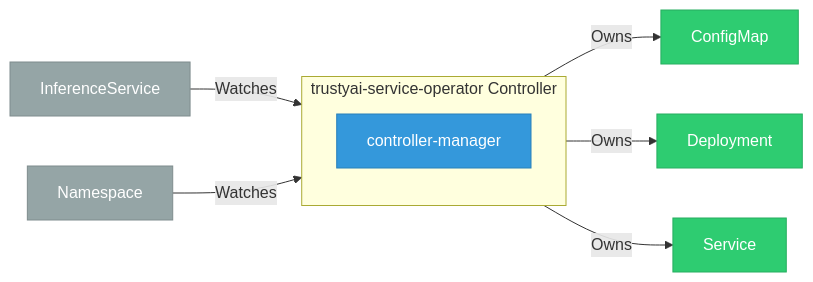
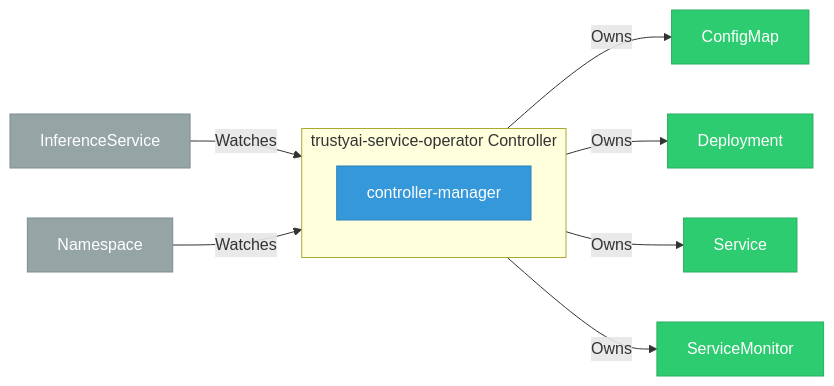
Before and after one commit to ugiordan/architecture-analyzer: the diagram in site/docs/odh-platform/components/trustyai_service_operator/index.md, drawn with Mermaid. The commit also changed other lines of this file and 178 other files, not shown here.

````diff
--- a/site/docs/odh-platform/components/trustyai_service_operator/index.md
+++ b/site/docs/odh-platform/components/trustyai_service_operator/index.md
@@ -25,26 +25,28 @@
 ```mermaid
 graph LR
     %% Component architecture for trustyai-service-operator
 
     classDef crd fill:#e74c3c,stroke:#c0392b,color:#fff
     classDef controller fill:#3498db,stroke:#2980b9,color:#fff
     classDef owned fill:#2ecc71,stroke:#27ae60,color:#fff
     classDef external fill:#95a5a6,stroke:#7f8c8d,color:#fff
     classDef dep fill:#f39c12,stroke:#e67e22,color:#fff
 
     subgraph controller["trustyai-service-operator Controller"]
         dep_1["controller-manager"]
         class dep_1 controller
     end
 
     controller -->|"Owns"| owned_2["ConfigMap"]
     class owned_2 owned
     controller -->|"Owns"| owned_3["Deployment"]
     class owned_3 owned
     controller -->|"Owns"| owned_4["Service"]
     class owned_4 owned
-    watch_5["InferenceService"] -->|"Watches"| controller
-    class watch_5 external
-    watch_6["Namespace"] -->|"Watches"| controller
+    controller -->|"Owns"| owned_5["ServiceMonitor"]
+    class owned_5 owned
+    watch_6["InferenceService"] -->|"Watches"| controller
     class watch_6 external
+    watch_7["Namespace"] -->|"Watches"| controller
+    class watch_7 external
 ```
````
